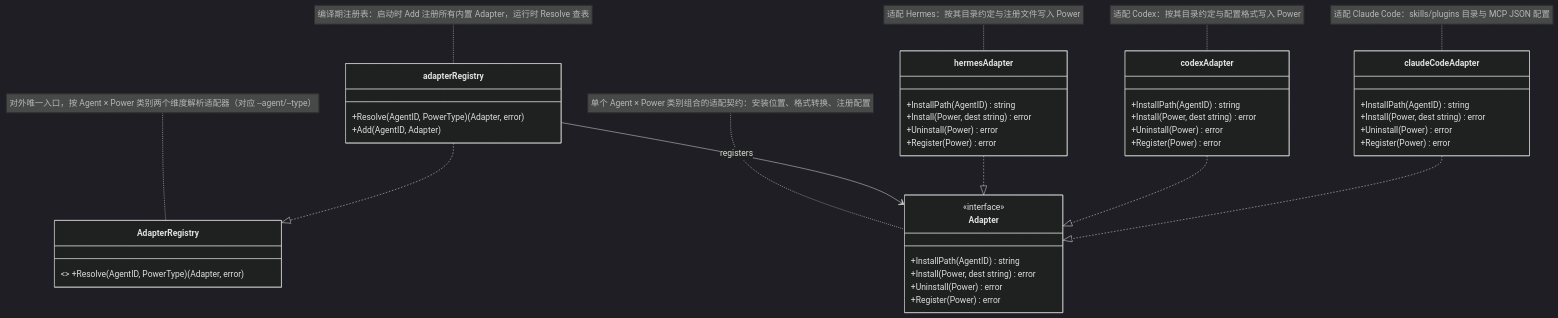
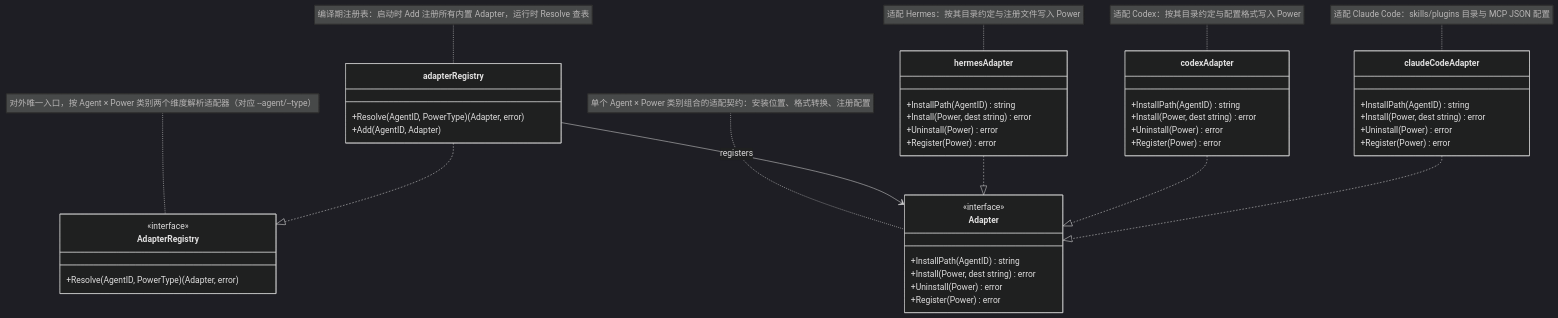
Before and after one commit to spacemit-com/agent-power-manager: the diagram in ivory-tower/c4/components/apm-cli-diagrams/adapter-registry.mmd, drawn with Mermaid (dark theme). The commit also changed 5 other files, not shown here.

```diff
--- a/ivory-tower/c4/components/apm-cli-diagrams/adapter-registry.mmd
+++ b/ivory-tower/c4/components/apm-cli-diagrams/adapter-registry.mmd
@@ -1,48 +1,51 @@
 classDiagram
     note for AdapterRegistry "对外唯一入口，按 Agent × Power 类别两个维度解析适配器（对应 --agent/--type）"
-    class AdapterRegistry { <<interface>> +Resolve(AgentID, PowerType) (Adapter, error) }
+    class AdapterRegistry {
+        <<interface>>
+        +Resolve(AgentID, PowerType) (Adapter, error)
+    }
 
     note for Adapter "单个 Agent × Power 类别组合的适配契约：安装位置、格式转换、注册配置"
     class Adapter {
         <<interface>>
         +InstallPath(AgentID) string
         +Install(Power, dest string) error
         +Uninstall(Power) error
         +Register(Power) error
     }
 
     note for adapterRegistry "编译期注册表：启动时 Add 注册所有内置 Adapter，运行时 Resolve 查表"
     class adapterRegistry {
         +Resolve(AgentID, PowerType) (Adapter, error)
         +Add(AgentID, Adapter)
     }
 
     note for hermesAdapter "适配 Hermes：按其目录约定与注册文件写入 Power"
     class hermesAdapter {
         +InstallPath(AgentID) string
         +Install(Power, dest string) error
         +Uninstall(Power) error
         +Register(Power) error
     }
 
     note for codexAdapter "适配 Codex：按其目录约定与配置格式写入 Power"
     class codexAdapter {
         +InstallPath(AgentID) string
         +Install(Power, dest string) error
         +Uninstall(Power) error
         +Register(Power) error
     }
 
     note for claudeCodeAdapter "适配 Claude Code：skills/plugins 目录与 MCP JSON 配置"
     class claudeCodeAdapter {
         +InstallPath(AgentID) string
         +Install(Power, dest string) error
         +Uninstall(Power) error
         +Register(Power) error
     }
 
     adapterRegistry ..|> AdapterRegistry
     adapterRegistry --> Adapter : registers
     hermesAdapter ..|> Adapter
     codexAdapter ..|> Adapter
     claudeCodeAdapter ..|> Adapter
```
